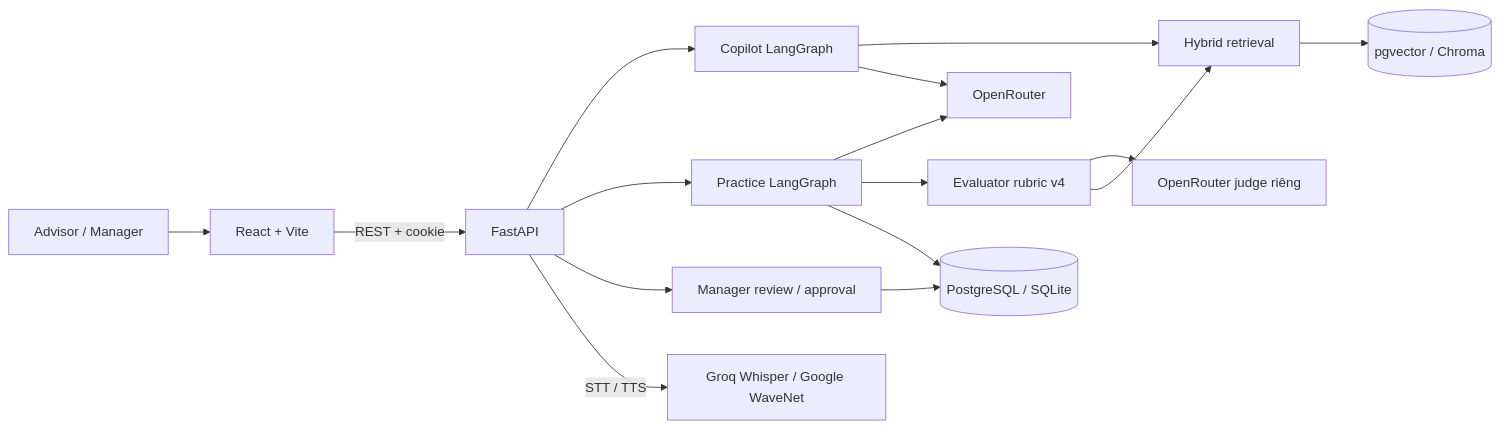
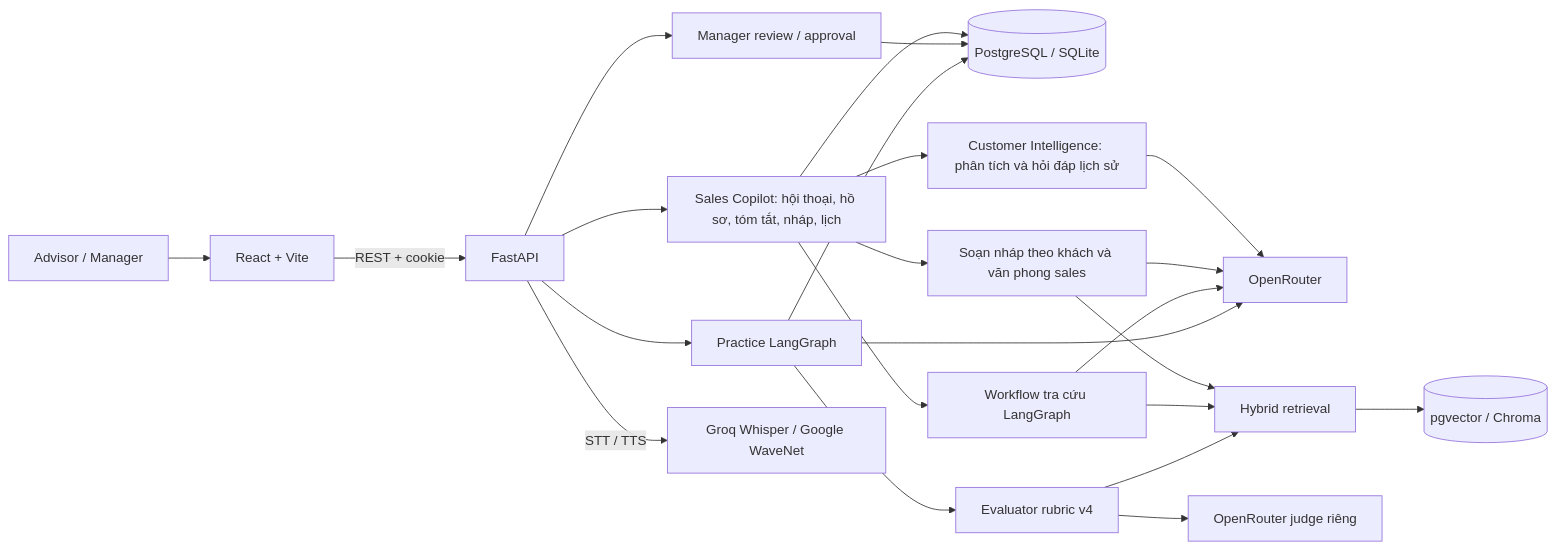
Before and after one commit to AnCoder1310/AI-Sale: the diagram in README.md, drawn with Mermaid. The commit also changed other lines of this file and 4 other files, not shown here.

````diff
--- a/README.md
+++ b/README.md
@@ -53,16 +63,23 @@
 ```mermaid
 flowchart LR
   A[Advisor / Manager] --> UI[React + Vite]
   UI -->|REST + cookie| API[FastAPI]
-  API --> CP[Copilot LangGraph]
+  API --> SW[Sales Copilot: hội thoại, hồ sơ, tóm tắt, nháp, lịch]
+  SW --> SQL
+  SW --> CI[Customer Intelligence: phân tích và hỏi đáp lịch sử]
+  CI --> LLM
+  SW --> DRAFT[Soạn nháp theo khách và văn phong sales]
+  DRAFT --> RET
+  DRAFT --> LLM
+  SW --> CP[Workflow tra cứu LangGraph]
   API --> RP[Practice LangGraph]
   CP --> RET[Hybrid retrieval] --> VEC[(pgvector / Chroma)]
   CP --> LLM[OpenRouter]
   RP --> LLM
   RP --> JUDGE[Evaluator rubric v4]
   JUDGE --> JM[OpenRouter judge riêng]
   JUDGE --> RET
   API --> HITL[Manager review / approval] --> SQL
   RP --> SQL[(PostgreSQL / SQLite)]
   API -->|STT / TTS| V[Groq Whisper / Google WaveNet]
 ```
````
